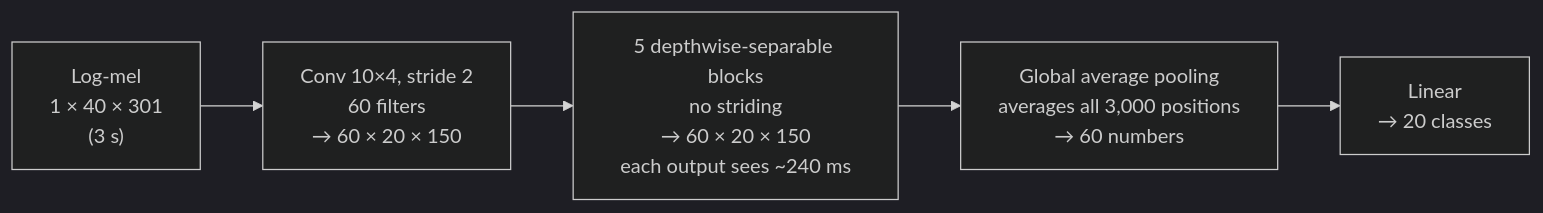
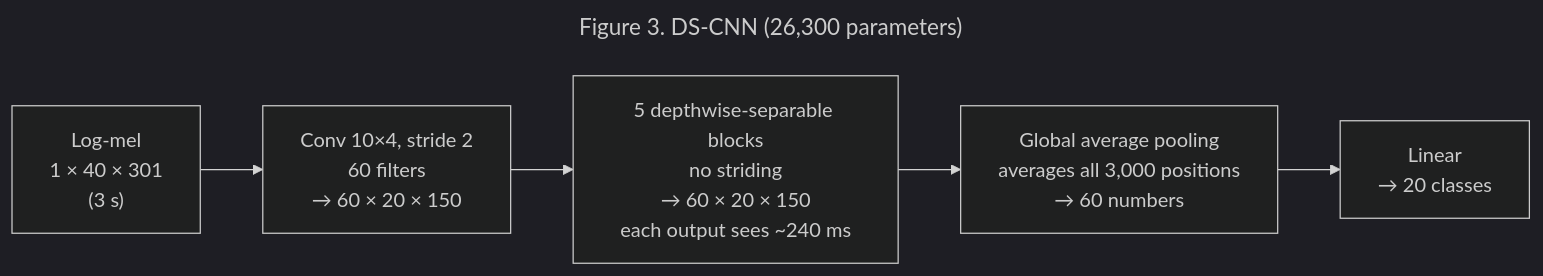
Before and after one commit to quielq/quielq-vcm: the second of 4 diagrams in docs/MODEL.md, drawn with Mermaid (dark theme). The commit also changed other lines of this file, not shown here.

Commit message:
MODEL.md: figure titles and short summaries for each diagram

````diff
--- a/docs/MODEL.md
+++ b/docs/MODEL.md
@@ -173,7 +193,10 @@
 ```mermaid
+---
+title: Figure 3. DS-CNN (26,300 parameters)
+---
 flowchart LR
     IN["Log-mel<br/>1 × 40 × 301<br/>(3 s)"] --> C1["Conv 10×4, stride 2<br/>60 filters<br/>→ 60 × 20 × 150"]
     C1 --> D["5 depthwise-separable blocks<br/>no striding<br/>→ 60 × 20 × 150<br/>each output sees ~240 ms"]
     D --> G["Global average pooling<br/>averages all 3,000 positions<br/>→ 60 numbers"]
     G --> L["Linear<br/>→ 20 classes"]
 ```
````
